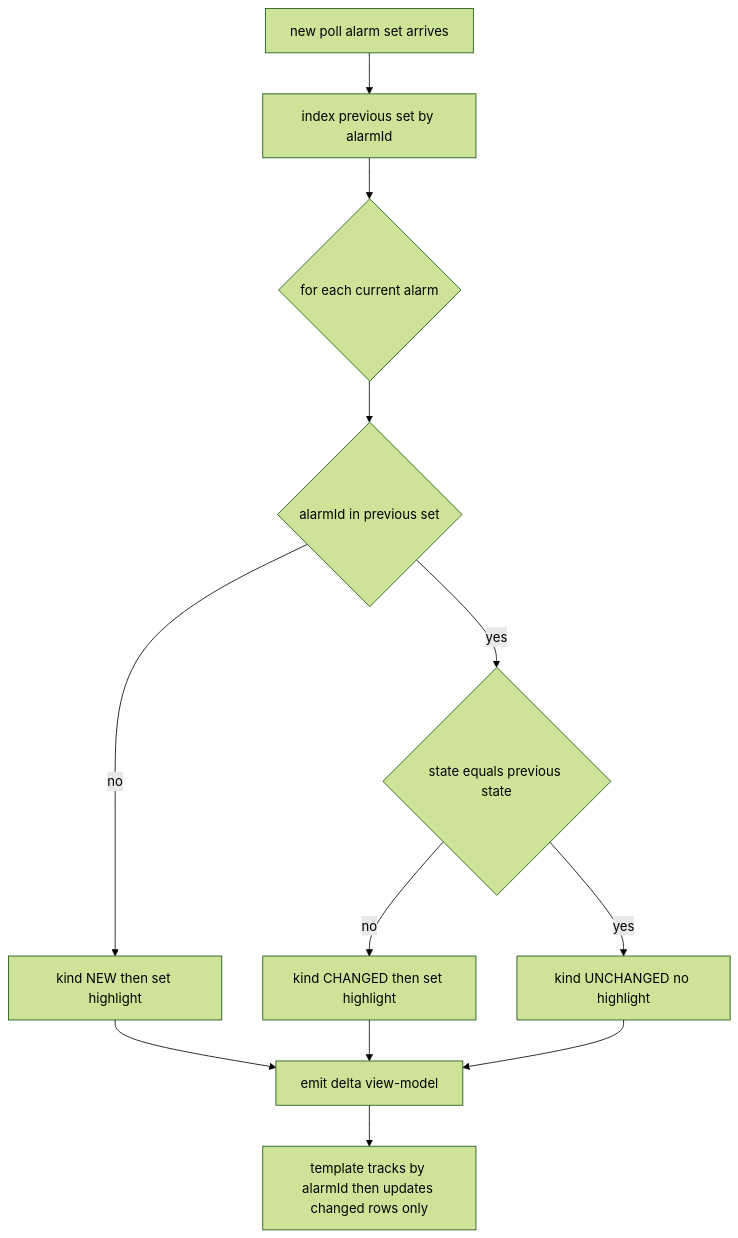
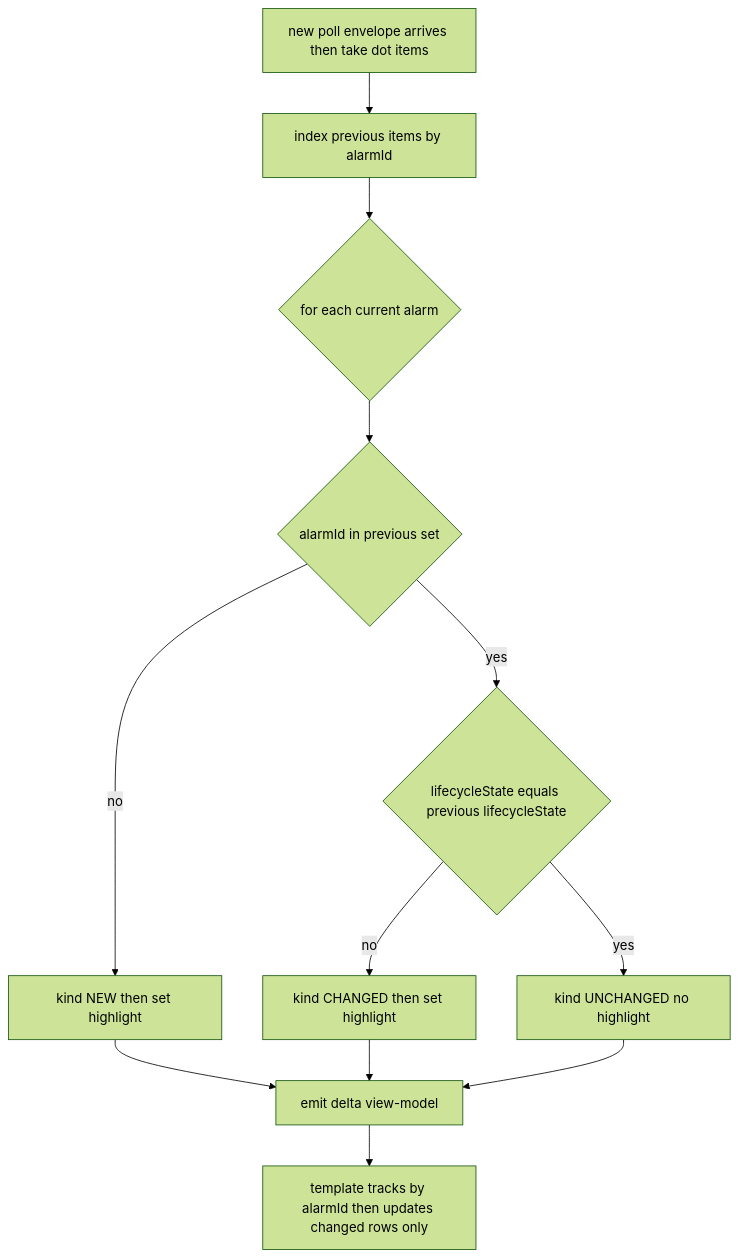
One commit to nikhilmohan/correlation-platform changed diagram 12 of 13 in services/web-ui/design.md. Above: the diagram before and after it, drawn with Mermaid (forest theme). The commit also changed other lines of this file and 20 other files, not shown here.

````diff
--- a/services/web-ui/design.md
+++ b/services/web-ui/design.md
@@ -706,14 +938,14 @@
 ```mermaid
 flowchart TD
-  Start[new poll alarm set arrives] --> Key[index previous set by alarmId]
+  Start[new poll envelope arrives then take dot items] --> Key[index previous items by alarmId]
   Key --> Loop{for each current alarm}
   Loop --> Present{alarmId in previous set}
   Present -->|no| New[kind NEW then set highlight]
-  Present -->|yes| Same{state equals previous state}
+  Present -->|yes| Same{lifecycleState equals previous lifecycleState}
   Same -->|no| Changed[kind CHANGED then set highlight]
   Same -->|yes| Unchanged[kind UNCHANGED no highlight]
   New --> Emit[emit delta view-model]
   Changed --> Emit
   Unchanged --> Emit
   Emit --> Render[template tracks by alarmId then updates changed rows only]
 ```
````
